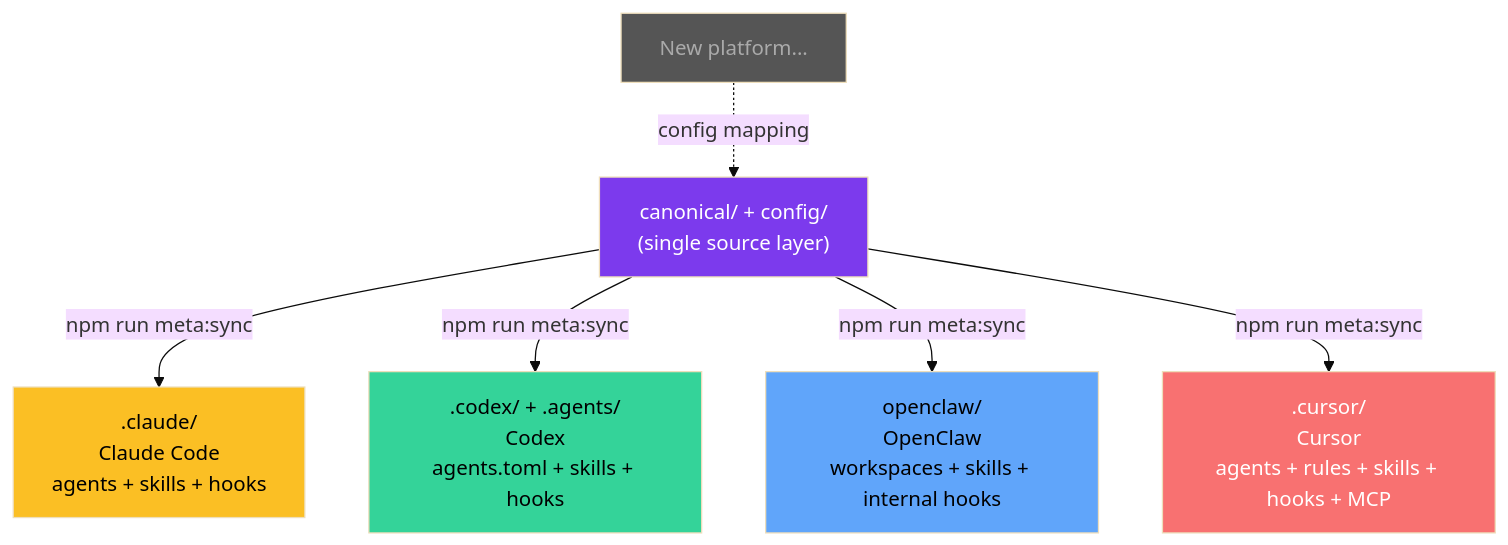
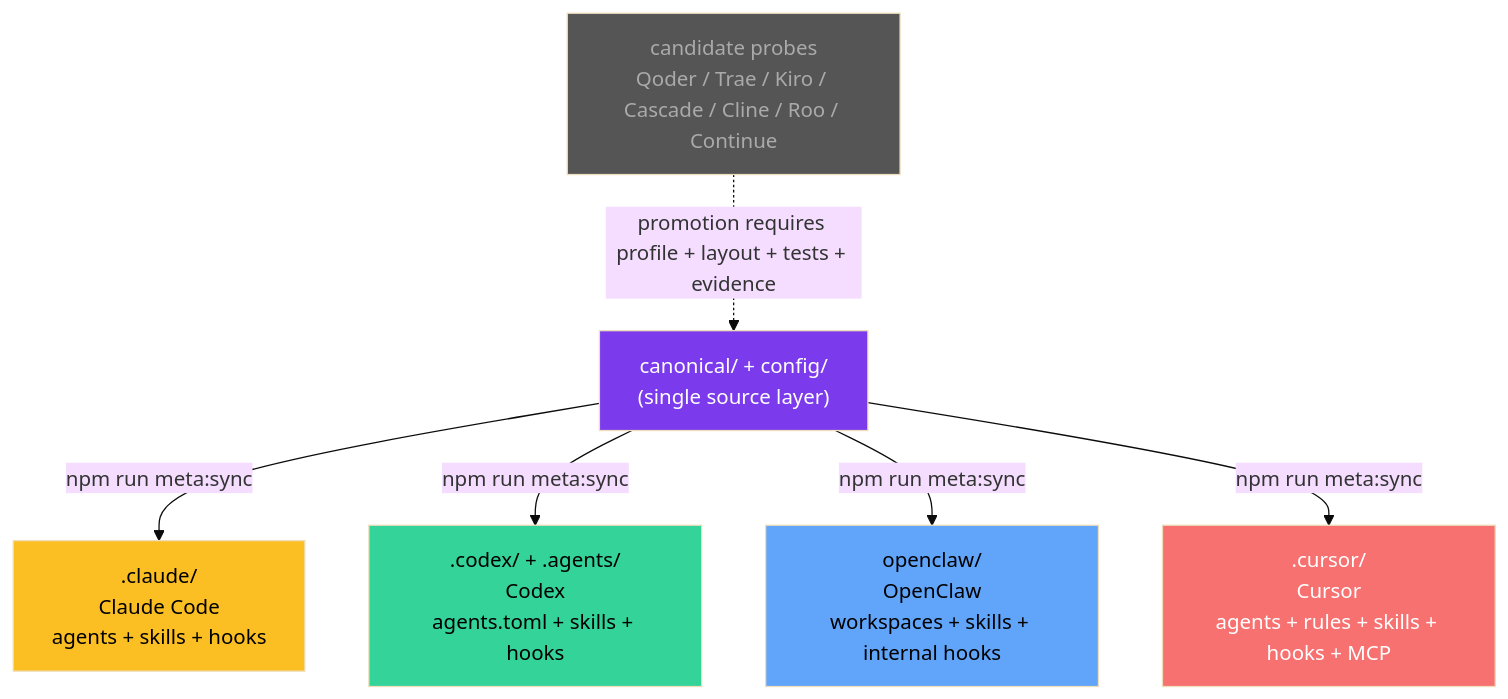
The eighth of 9 diagrams in README.md (chouyong/Meta_Kim), drawn with Mermaid (base theme) before and after one commit. The commit also changed other lines of this file and 23 other files, not shown here.

````diff
--- a/README.md
+++ b/README.md
@@ -553,18 +564,18 @@
 ```mermaid
 flowchart TB
     CANONICAL["canonical/ + config/<br/>(single source layer)"]
 
     CANONICAL --> |npm run meta:sync| CLAUDE[".claude/<br/>Claude Code<br/>agents + skills + hooks"]
     CANONICAL --> |npm run meta:sync| CODEX[".codex/ + .agents/<br/>Codex<br/>agents.toml + skills + hooks"]
     CANONICAL --> |npm run meta:sync| OPENCLAW["openclaw/<br/>OpenClaw<br/>workspaces + skills + internal hooks"]
     CANONICAL --> |npm run meta:sync| CURSOR[".cursor/<br/>Cursor<br/>agents + rules + skills + hooks + MCP"]
 
-    NEW[New platform...] -.-> |config mapping| CANONICAL
+    CANDIDATE["candidate probes<br/>Qoder / Trae / Kiro / Cascade / Cline / Roo / Continue"] -.-> |promotion requires profile + layout + tests + evidence| CANONICAL
 
     style CANONICAL fill:#7c3aed,color:#fff
     style CLAUDE fill:#fbbf24,color:#000
     style CODEX fill:#34d399,color:#000
     style OPENCLAW fill:#60a5fa,color:#000
     style CURSOR fill:#f87171,color:#fff
-    style NEW fill:#555,color:#aaa
+    style CANDIDATE fill:#555,color:#aaa
 ```
````
